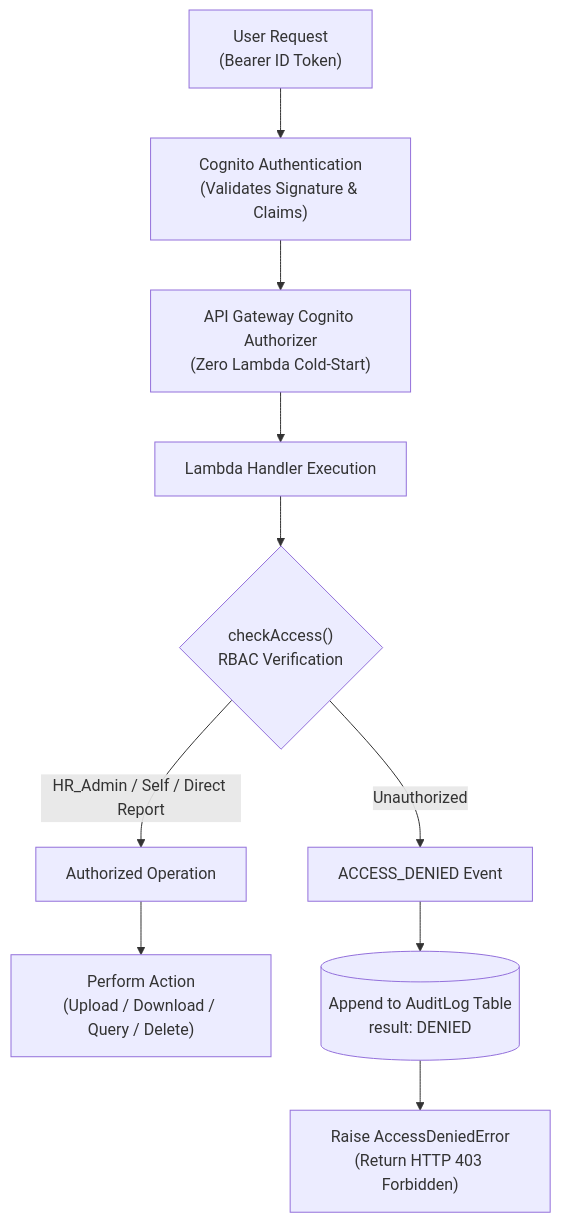
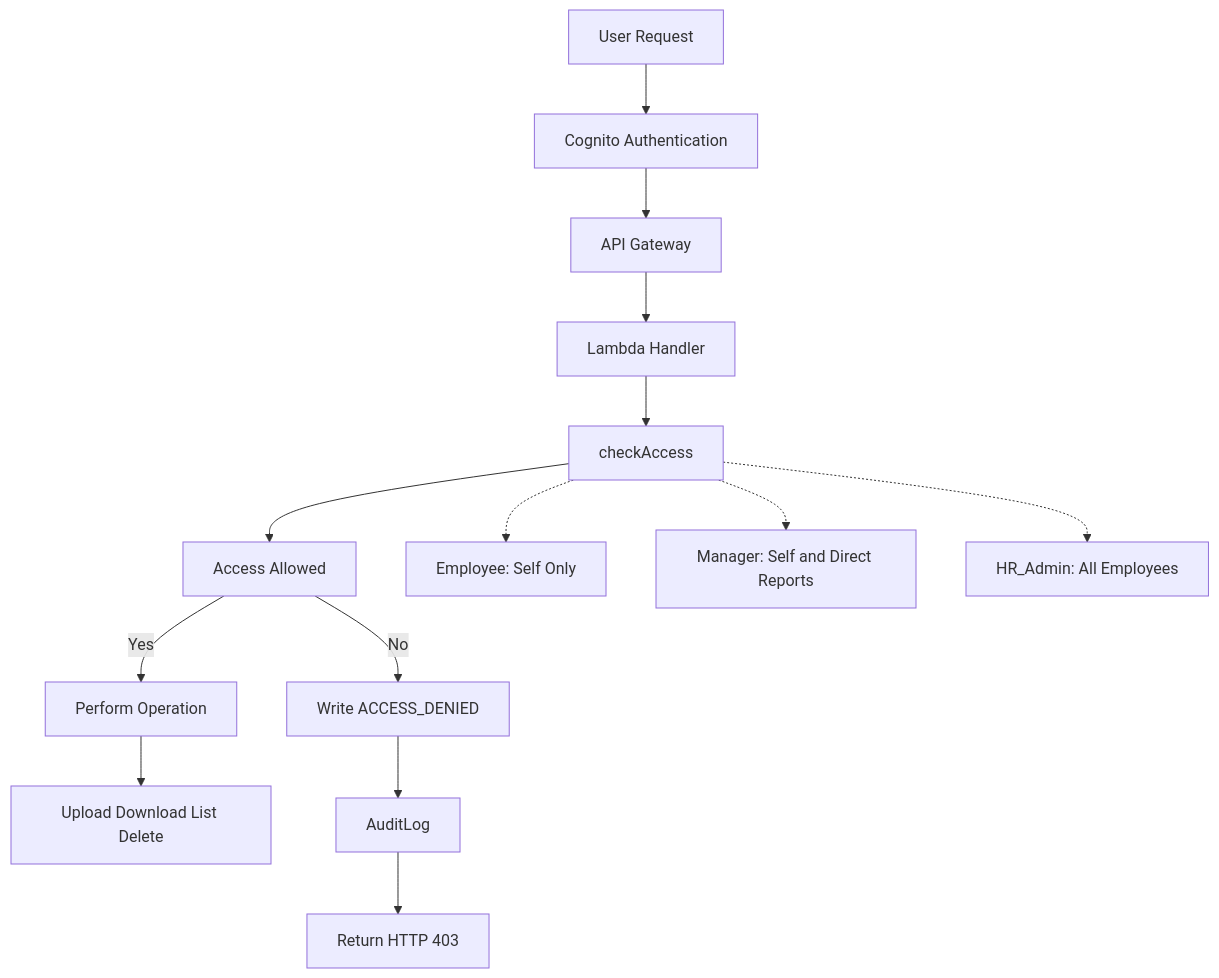
The third of 4 diagrams in README.md (parthchoutapelly/employee-document-vault), drawn with Mermaid before and after one commit. The commit also changed other lines of this file, not shown here.

Commit message:
Fix GitHub Mermaid diagrams

````diff
--- a/README.md
+++ b/README.md
@@ -181,14 +170,19 @@
 ```mermaid
 flowchart TD
-    Req["User Request<br/>(Bearer ID Token)"] --> AuthN["Cognito Authentication<br/>(Validates Signature & Claims)"]
-    AuthN --> ApiGw["API Gateway Cognito Authorizer<br/>(Zero Lambda Cold-Start)"]
-    ApiGw --> Lambda["Lambda Handler Execution"]
-    Lambda --> CheckAccess{"checkAccess()<br/>RBAC Verification"}
+    Req[User Request] --> Auth[Cognito Authentication]
+    Auth --> ApiGw[API Gateway]
+    ApiGw --> Lambda[Lambda Handler]
+    Lambda --> Check[checkAccess]
 
-    CheckAccess -->|"HR_Admin / Self / Direct Report"| Allowed["Authorized Operation"]
-    Allowed --> BusinessLogic["Perform Action<br/>(Upload / Download / Query / Delete)"]
+    Check --> Allowed[Access Allowed]
+    Check -.-> ScopeEmp[Employee: Self Only]
+    Check -.-> ScopeMgr[Manager: Self and Direct Reports]
+    Check -.-> ScopeHR[HR_Admin: All Employees]
 
-    CheckAccess -->|"Unauthorized"| Denied["ACCESS_DENIED Event"]
-    Denied --> WriteAudit[("Append to AuditLog Table<br/>result: DENIED")]
-    WriteAudit --> Forbidden["Raise AccessDeniedError<br/>(Return HTTP 403 Forbidden)"]
+    Allowed -->|Yes| Perform[Perform Operation]
+    Perform --> Actions[Upload Download List Delete]
+
+    Allowed -->|No| Denied[Write ACCESS_DENIED]
+    Denied --> Audit[AuditLog]
+    Audit --> Http403[Return HTTP 403]
 ```
````
